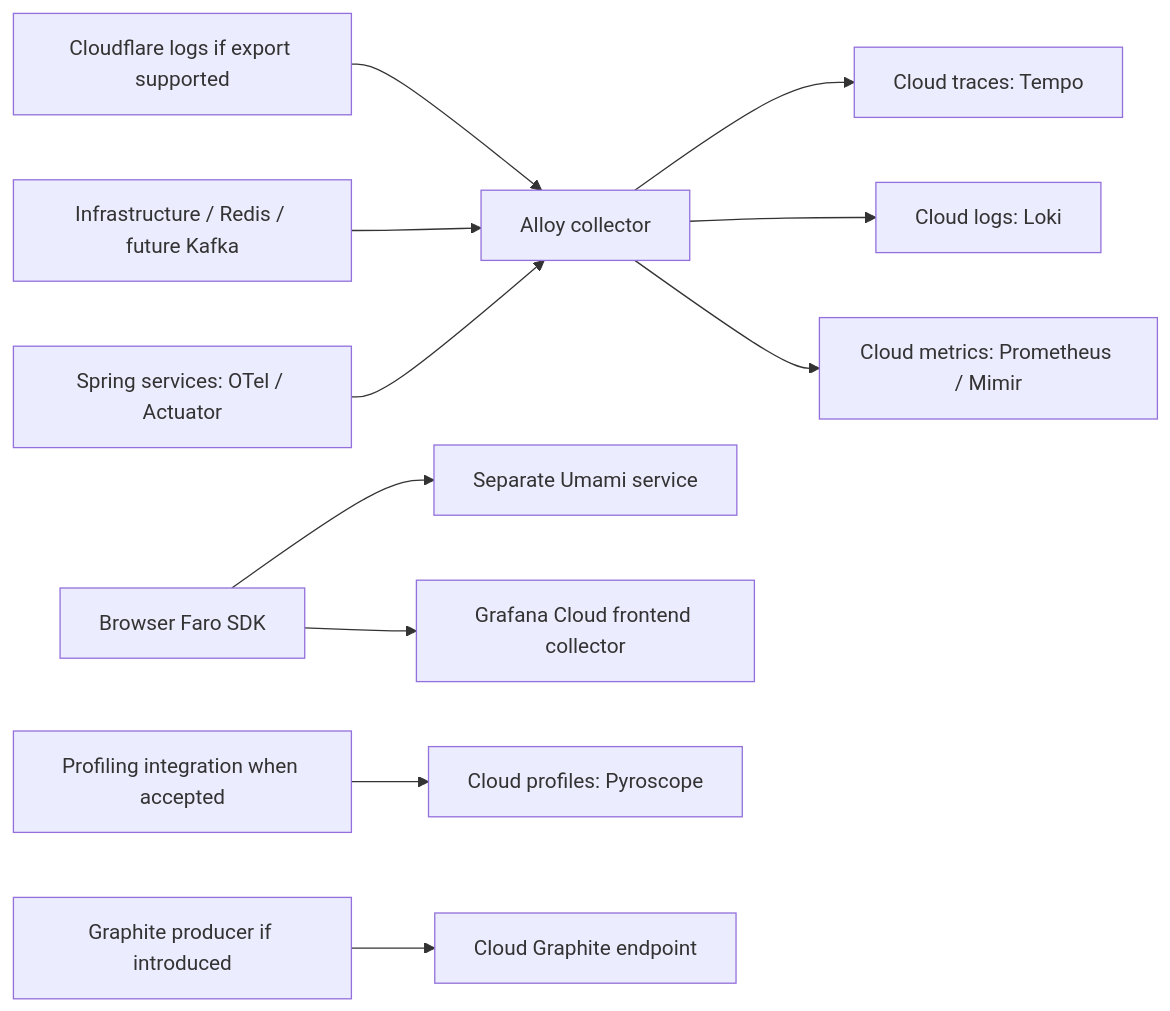
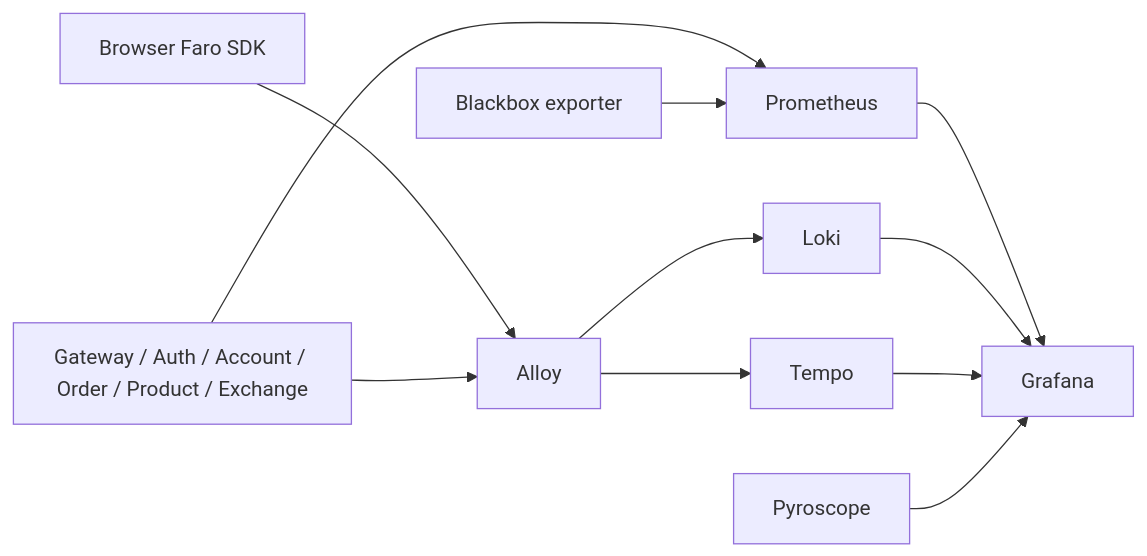
One commit to Microsserv52/platform changed the diagram in docs/operations/observability.md. Above: the diagram before and after it, drawn with Mermaid. The commit also changed other lines of this file and 82 other files, not shown here.

````diff
--- a/docs/operations/observability.md
+++ b/docs/operations/observability.md
@@ -108,13 +66,13 @@
 ```mermaid
 flowchart LR
-    browser[Browser Faro SDK] --> faro[Grafana Cloud frontend collector]
-    apps[Spring services: OTel / Actuator] --> alloy[Alloy collector]
-    infra[Infrastructure / Redis / future Kafka] --> alloy
-    edge[Cloudflare logs if export supported] --> alloy
-    alloy --> metrics[Cloud metrics: Prometheus / Mimir]
-    alloy --> logs[Cloud logs: Loki]
-    alloy --> traces[Cloud traces: Tempo]
-    profiles[Profiling integration when accepted] --> pyro[Cloud profiles: Pyroscope]
-    graphite[Graphite producer if introduced] --> graphiteCloud[Cloud Graphite endpoint]
-    browser --> umami[Separate Umami service]
+    browser[Browser Faro SDK] --> alloy[Alloy]
+    services[Gateway / Auth / Account / Order / Product / Exchange] --> prom[Prometheus]
+    services --> alloy
+    alloy --> loki[Loki]
+    alloy --> tempo[Tempo]
+    prom --> grafana[Grafana]
+    loki --> grafana
+    tempo --> grafana
+    pyroscope[Pyroscope] --> grafana
+    blackbox[Blackbox exporter] --> prom
 ```
````
